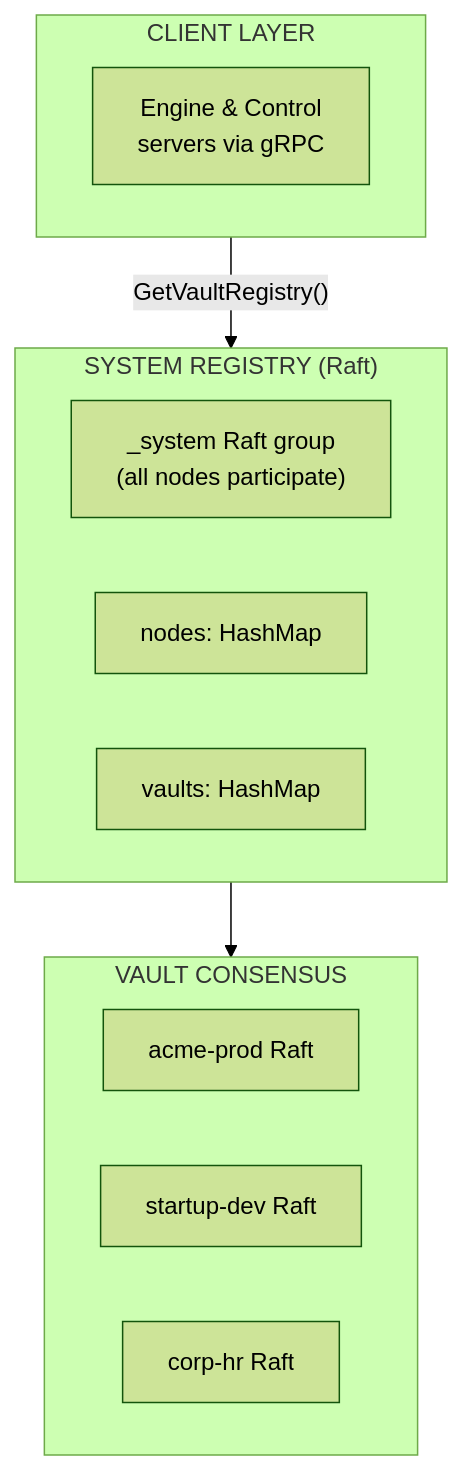
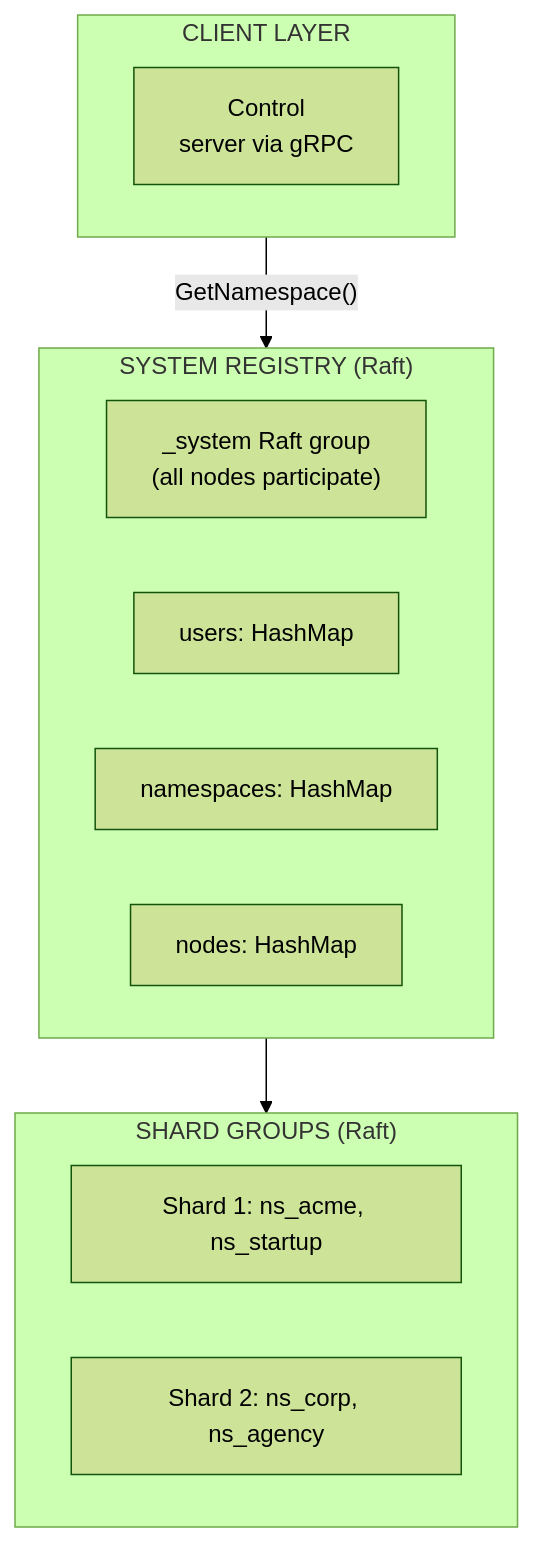
The seventh of 11 diagrams in DESIGN.md (inferadb/ledger), drawn with Mermaid (forest theme) before and after one commit. The commit also changed other lines of this file and 2 other files, not shown here.

````diff
--- a/DESIGN.md
+++ b/DESIGN.md
@@ -1077,21 +1520,21 @@
 ```mermaid
 graph TB
     subgraph client["CLIENT LAYER"]
-        sdk["Engine & Control<br/>servers via gRPC"]
+        sdk["Control<br/>server via gRPC"]
     end
 
     subgraph registry["SYSTEM REGISTRY (Raft)"]
         system["_system Raft group<br/>(all nodes participate)"]
+        users["users: HashMap<UserId, User>"]
+        namespaces["namespaces: HashMap<NamespaceId, NamespaceRegistry>"]
         nodes["nodes: HashMap<NodeId, NodeInfo>"]
-        vaults["vaults: HashMap<VaultId, VaultRegistry>"]
     end
 
-    subgraph consensus["VAULT CONSENSUS"]
-        raft1["acme-prod Raft"]
-        raft2["startup-dev Raft"]
-        raft3["corp-hr Raft"]
+    subgraph shards["SHARD GROUPS (Raft)"]
+        shard1["Shard 1: ns_acme, ns_startup"]
+        shard2["Shard 2: ns_corp, ns_agency"]
     end
 
-    client -->|"GetVaultRegistry()"| registry
-    registry --> consensus
+    client -->|"GetNamespace()"| registry
+    registry --> shards
 ```
````
